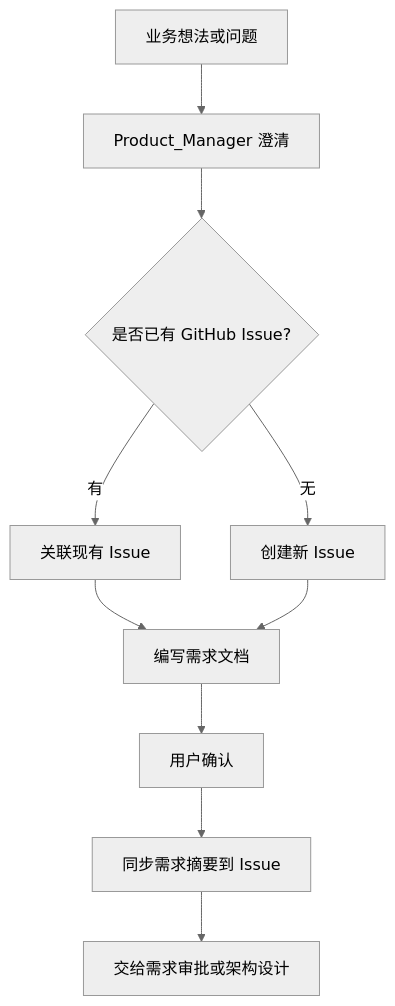
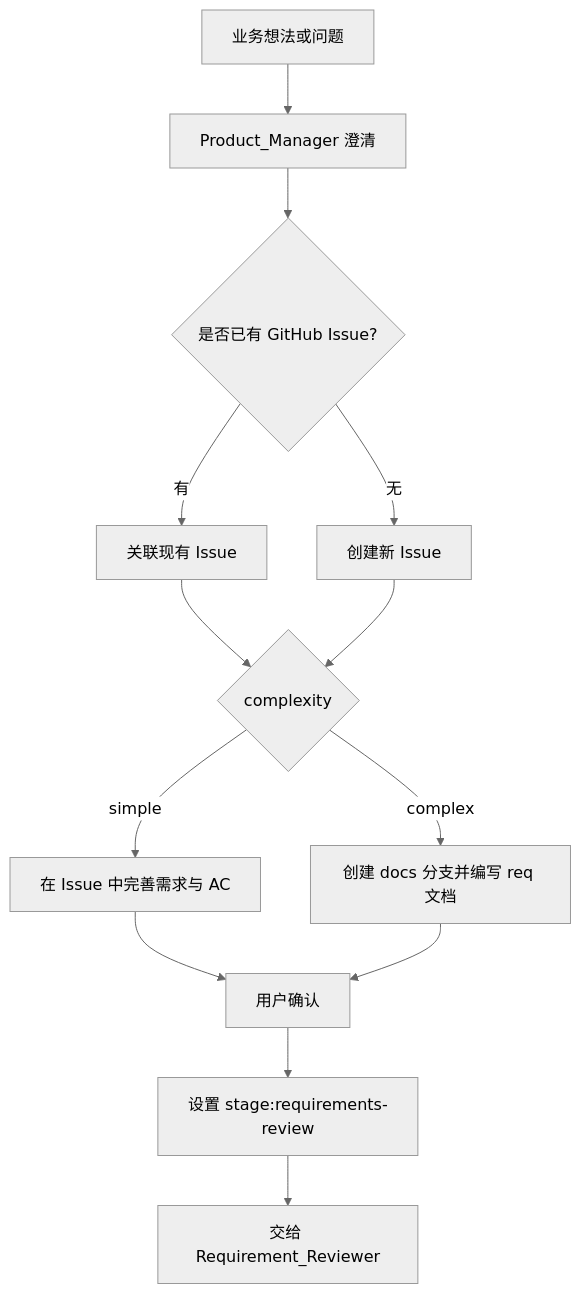
The second of 17 diagrams in docs/PROJECT-WORKFLOW-ROLES.md (JumpStarGroup/health_platform), drawn with Mermaid (neutral theme) before and after one commit. The commit also changed other lines of this file and 10 other files, not shown here.

````diff
--- a/docs/PROJECT-WORKFLOW-ROLES.md
+++ b/docs/PROJECT-WORKFLOW-ROLES.md
@@ -54,12 +87,15 @@
 ```mermaid
 flowchart TD
     A[业务想法或问题] --> B[Product_Manager 澄清]
     B --> C{是否已有 GitHub Issue?}
     C -- 有 --> D[关联现有 Issue]
     C -- 无 --> E[创建新 Issue]
-    D --> F[编写需求文档]
+    D --> F{complexity}
     E --> F
-    F --> G[用户确认]
-    G --> H[同步需求摘要到 Issue]
-    H --> I[交给需求审批或架构设计]
+    F -- simple --> G[在 Issue 中完善需求与 AC]
+    F -- complex --> H[创建 docs 分支并编写 req 文档]
+    G --> I[用户确认]
+    H --> I
+    I --> J[设置 stage:requirements-review]
+    J --> K[交给 Requirement_Reviewer]
 ```
````
